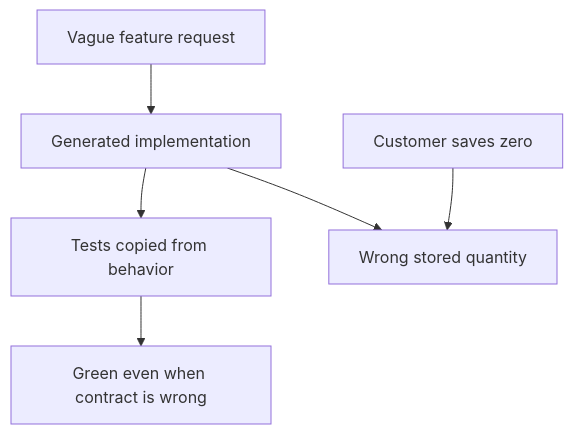
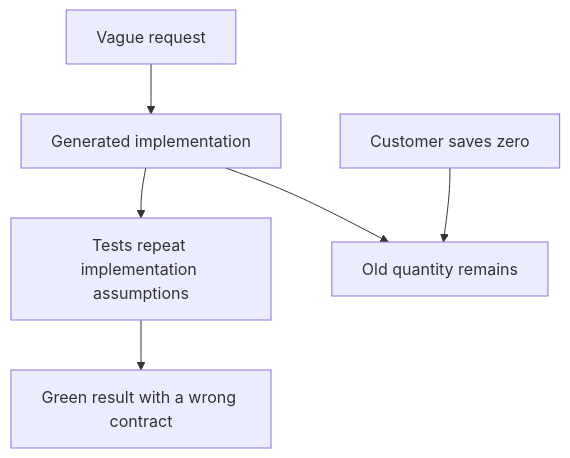
Before and after one commit to Soulful-Iris/junior-to-staff: the first of 3 diagrams in curriculum/01-code/01-problem-solving/working-with-ai.md, drawn with Mermaid. The commit also changed other lines of this file and 1 other file, not shown here.

````diff
--- a/curriculum/01-code/01-problem-solving/working-with-ai.md
+++ b/curriculum/01-code/01-problem-solving/working-with-ai.md
@@ -26,8 +23,8 @@
 ```mermaid
 flowchart TD
-  Wish[Vague feature request] --> Code[Generated implementation]
-  Code --> Tests[Tests copied from behavior]
-  Tests --> Green[Green even when contract is wrong]
-  User[Customer saves zero] --> Failure[Wrong stored quantity]
+  Wish[Vague request] --> Code[Generated implementation]
+  Code --> Tests[Tests repeat implementation assumptions]
+  Tests --> Green[Green result with a wrong contract]
+  User[Customer saves zero] --> Failure[Old quantity remains]
   Code --> Failure
 ```
````
